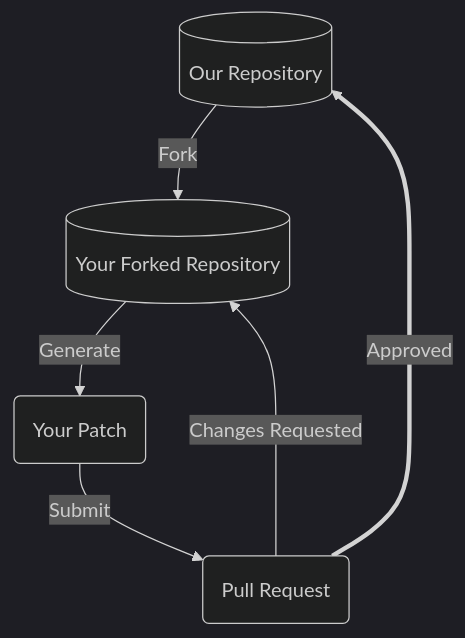
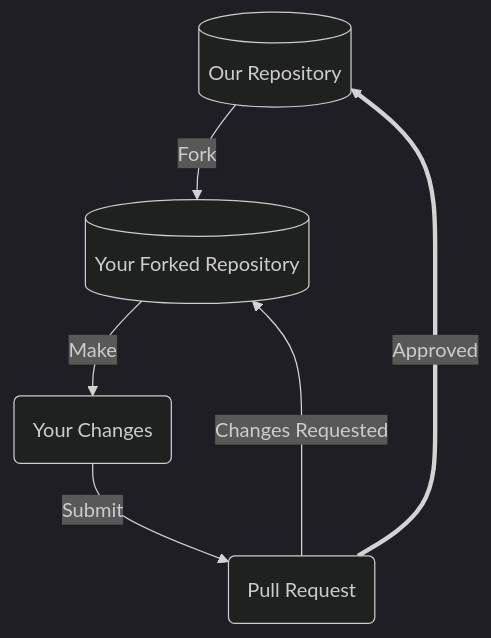
Before and after one commit to riverma/terraformly: the diagram in CONTRIBUTING.md, drawn with Mermaid (dark theme). The commit also changed other lines of this file, not shown here.

````diff
--- a/CONTRIBUTING.md
+++ b/CONTRIBUTING.md
@@ -44,8 +44,8 @@
 ```mermaid
 flowchart TD
     repo_proj[(Our Repository)]-->|Fork|repo_fork[(Your Forked Repository)]
-    repo_fork-->|Generate|patch(Your Patch)
+    repo_fork-->|Make|patch(Your Changes)
     patch-->|Submit|pr(Pull Request)
     pr==>|Approved|repo_proj
     pr-->|Changes Requested|repo_fork
 ```
````
